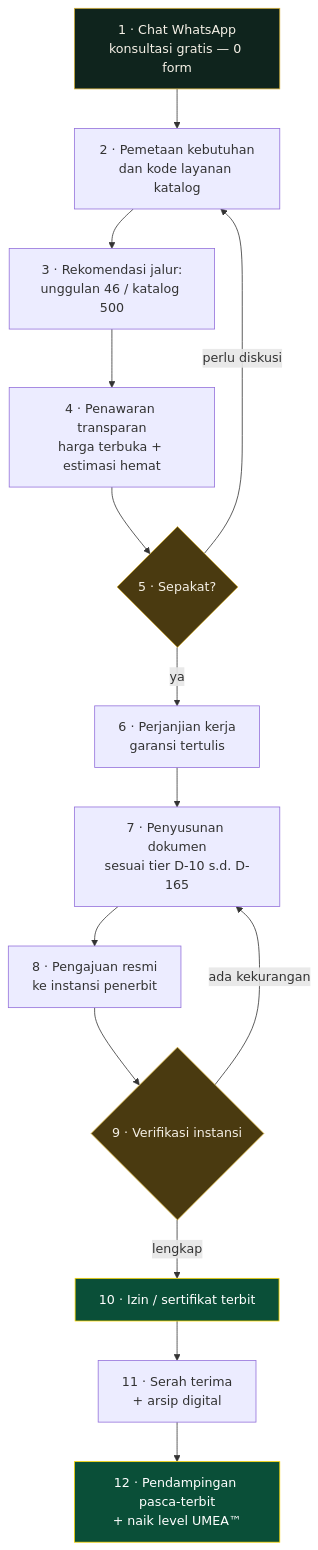
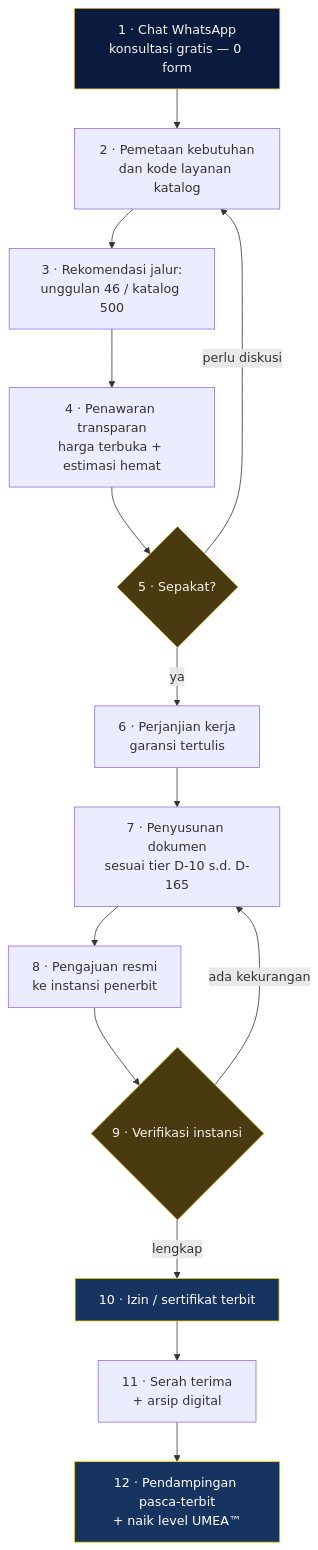
The sixth of 10 diagrams in README.md (gunaracorp/gunaraconsultant), drawn with Mermaid before and after one commit. The commit also changed other lines of this file and 33 other files, not shown here.

````diff
--- a/README.md
+++ b/README.md
@@ -356,23 +356,23 @@
 ```mermaid
 flowchart TD
     W1["1 · Chat WhatsApp<br/>konsultasi gratis — 0 form"] --> W2["2 · Pemetaan kebutuhan<br/>dan kode layanan katalog"]
     W2 --> W3["3 · Rekomendasi jalur:<br/>unggulan 46 / katalog 500"]
     W3 --> W4["4 · Penawaran transparan<br/>harga terbuka + estimasi hemat"]
     W4 --> W5{"5 · Sepakat?"}
     W5 -- "perlu diskusi" --> W2
     W5 -- "ya" --> W6["6 · Perjanjian kerja<br/>garansi tertulis"]
     W6 --> W7["7 · Penyusunan dokumen<br/>sesuai tier D-10 s.d. D-165"]
     W7 --> W8["8 · Pengajuan resmi<br/>ke instansi penerbit"]
     W8 --> W9{"9 · Verifikasi instansi"}
     W9 -- "ada kekurangan" --> W7
     W9 -- "lengkap" --> W10["10 · Izin / sertifikat terbit"]
     W10 --> W11["11 · Serah terima<br/>+ arsip digital"]
     W11 --> W12["12 · Pendampingan pasca-terbit<br/>+ naik level UMEA™"]
 
-    classDef mulai fill:#0f241d,stroke:#d4af37,color:#f5f0e6
-    classDef putus fill:#4a3a10,stroke:#d4af37,color:#f5f0e6
-    classDef hasil fill:#0a4f38,stroke:#ffd700,color:#ffffff
+    classDef mulai fill:#0a1b3d,stroke:#d4af37,color:#f7f5ee
+    classDef putus fill:#4a3a10,stroke:#d4af37,color:#f7f5ee
+    classDef hasil fill:#16345f,stroke:#ffd700,color:#ffffff
     class W1 mulai
     class W5,W9 putus
     class W10,W12 hasil
 ```
````
